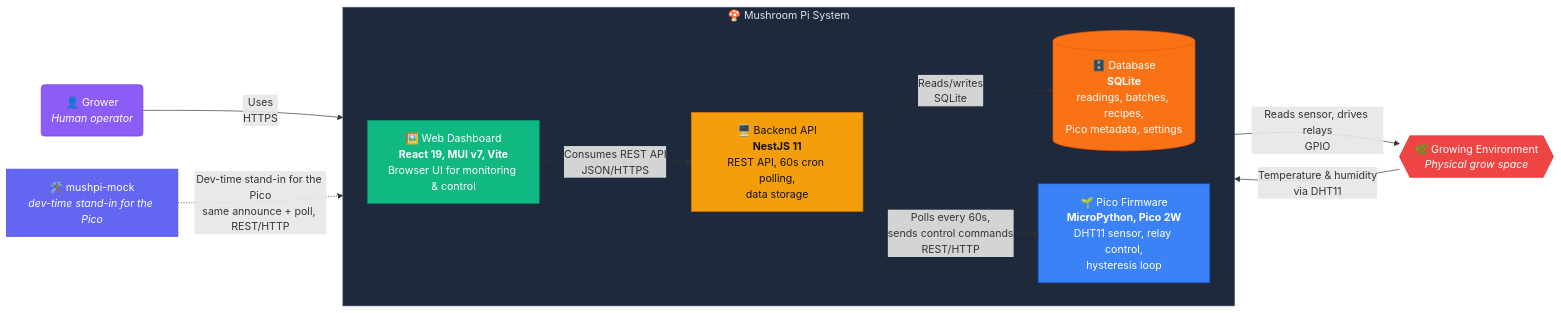
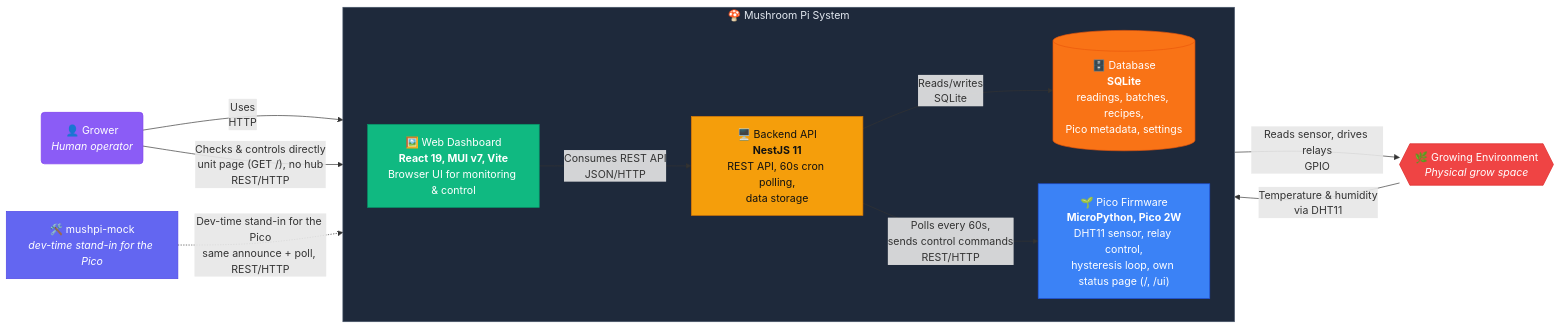
One commit to mushroom-pi/.github changed the diagram in profile/README.md. Above: the diagram before and after it, drawn with Mermaid. The commit also changed other lines of this file and 1 other file, not shown here.

First line of the commit message:
docs(.github): name the unit's own status page and the hub as the self-hosting path

````diff
--- a/profile/README.md
+++ b/profile/README.md
@@ -12,45 +12,46 @@
 ```mermaid
 flowchart LR
     GROWER("👤 Grower<br/><i>Human operator</i>")
 
     subgraph MUSHROOM_PI["🍄 Mushroom Pi System"]
         direction LR
 
         CLIENT["🖼️ Web Dashboard<br/><b>React 19, MUI v7, Vite</b><br/>Browser UI for monitoring & control"]
 
         SERVER["🖥️ Backend API<br/><b>NestJS 11</b><br/>REST API, 60s cron polling,<br/>data storage"]
 
         DB[("🗄️ Database<br/><b>SQLite</b><br/>readings, batches, recipes,<br/>Pico metadata, settings")]
 
-        PICO["🌱 Pico Firmware<br/><b>MicroPython, Pico 2W</b><br/>DHT11 sensor, relay control,<br/>hysteresis loop"]
+        PICO["🌱 Pico Firmware<br/><b>MicroPython, Pico 2W</b><br/>DHT11 sensor, relay control,<br/>hysteresis loop, own status page (/, /ui)"]
     end
 
     ENVIRONMENT{{"🌿 Growing Environment<br/><i>Physical grow space</i>"}}
     MOCK["🛠️ mushpi-mock<br/><i>dev-time stand-in for the Pico</i>"]
 
-    GROWER -->|"Uses<br/>HTTPS"| CLIENT
-    CLIENT -->|"Consumes REST API<br/>JSON/HTTPS"| SERVER
+    GROWER -->|"Uses<br/>HTTP"| CLIENT
+    GROWER -->|"Checks & controls directly<br/>unit page (GET /), no hub<br/>REST/HTTP"| PICO
+    CLIENT -->|"Consumes REST API<br/>JSON/HTTP"| SERVER
     SERVER -->|"Reads/writes<br/>SQLite"| DB
     SERVER -->|"Polls every 60s,<br/>sends control commands<br/>REST/HTTP"| PICO
     PICO -->|"Reads sensor, drives relays<br/>GPIO"| ENVIRONMENT
     ENVIRONMENT -->|"Temperature & humidity<br/>via DHT11"| PICO
     MOCK -.->|"Dev-time stand-in for the Pico<br/>same announce + poll, REST/HTTP"| SERVER
 
     classDef user fill:#8b5cf6,stroke:#7c3aed,color:#fff
     classDef client fill:#10b981,stroke:#059669,color:#fff
     classDef server fill:#f59e0b,stroke:#d97706,color:#111
     classDef db fill:#f97316,stroke:#ea580c,color:#fff
     classDef grow fill:#3b82f6,stroke:#1d4ed8,color:#fff
     classDef ext fill:#ef4444,stroke:#dc2626,color:#fff
     classDef mock fill:#6366f1,stroke:#4f46e5,color:#fff
 
     class GROWER user
     class CLIENT client
     class SERVER server
     class DB db
     class PICO grow
     class ENVIRONMENT ext
     class MOCK mock
 
     style MUSHROOM_PI fill:#1e293b,stroke:#475569,color:#e2e8f0
 ```
````
